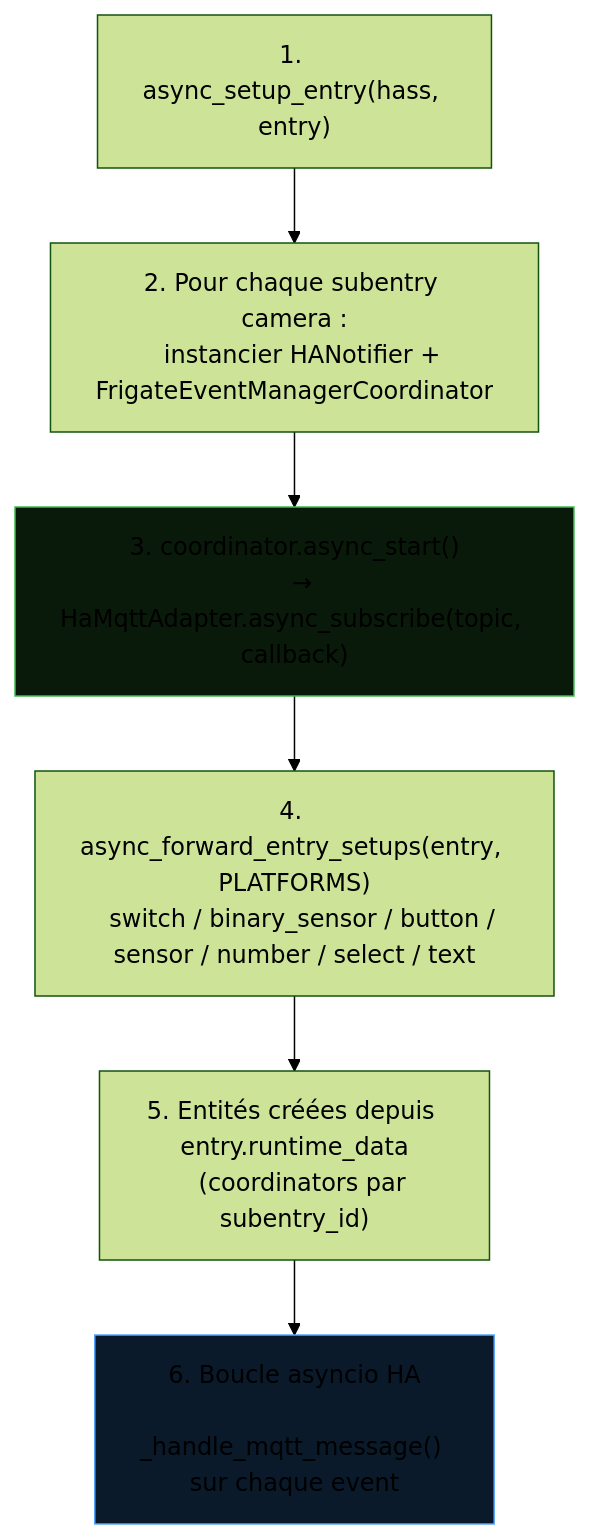
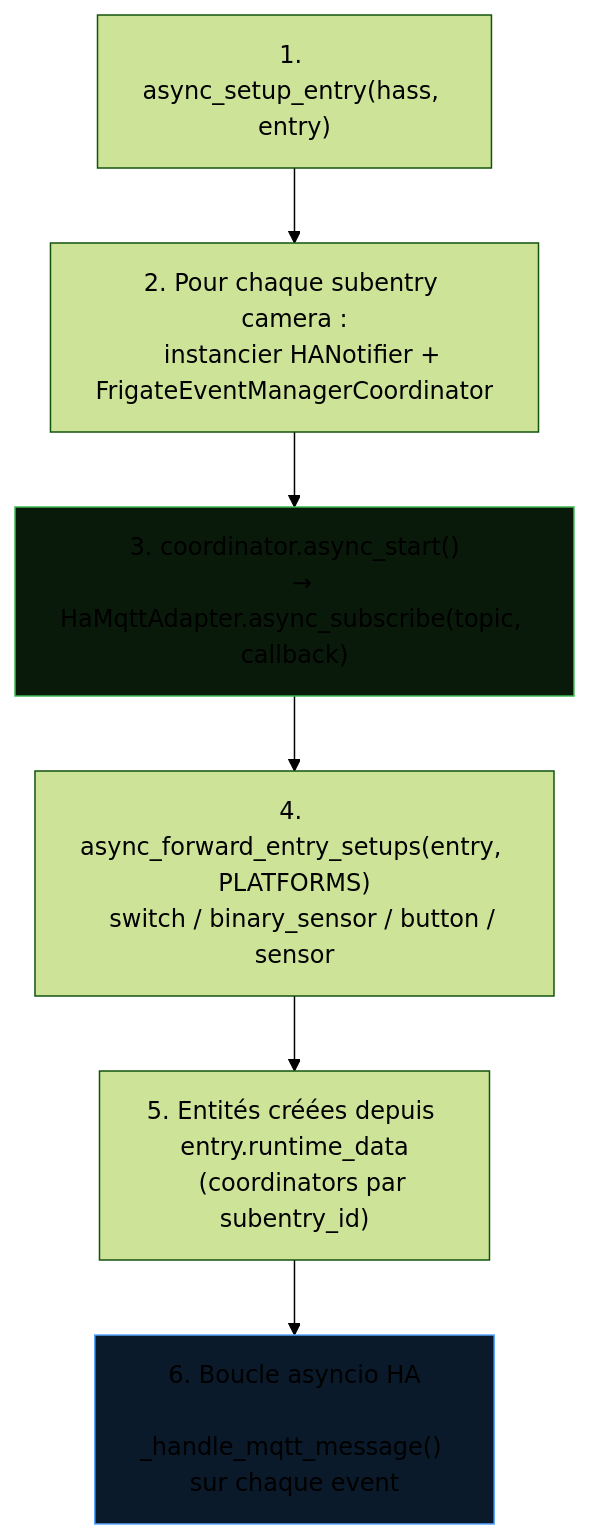
One commit to trowaflo/frigate-event-manager changed the fourth of 4 diagrams in docs/architecture.md. Above: the diagram before and after it, drawn with Mermaid (forest theme). The commit also changed other lines of this file and 3 other files, not shown here.

Commit message:
fix: description presets sensors + architecture.md entités T-533

````diff
--- a/docs/architecture.md
+++ b/docs/architecture.md
@@ -223,14 +217,14 @@
 ```mermaid
 graph TD
     S1["1. async_setup_entry(hass, entry)"]
     S2["2. Pour chaque subentry camera :\n   instancier HANotifier + FrigateEventManagerCoordinator"]
     S3["3. coordinator.async_start()\n   → HaMqttAdapter.async_subscribe(topic, callback)"]
-    S4["4. async_forward_entry_setups(entry, PLATFORMS)\n   switch / binary_sensor / button / sensor / number / select / text"]
+    S4["4. async_forward_entry_setups(entry, PLATFORMS)\n   switch / binary_sensor / button / sensor"]
     S5["5. Entités créées depuis entry.runtime_data\n   (coordinators par subentry_id)"]
     S6["6. Boucle asyncio HA\n   _handle_mqtt_message() sur chaque event"]
 
     S1 --> S2 --> S3 --> S4 --> S5 --> S6
 
     style S3 fill:#0a1a0a,stroke:#3fb950
     style S6 fill:#0a1a2a,stroke:#58a6ff
 ```
````
